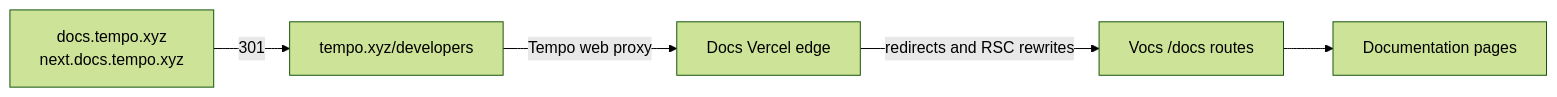
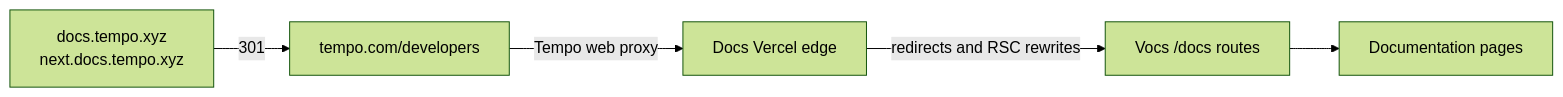
The diagram in README.md (tempoxyz/docs), drawn with Mermaid (forest theme) before and after one commit. The commit also changed other lines of this file and 6 other files, not shown here.

Commit message:
docs: update tempo.com link labels, README and comments

````diff
--- a/README.md
+++ b/README.md
@@ -61,7 +61,7 @@
 ```mermaid
 flowchart LR
-  Legacy["docs.tempo.xyz\nnext.docs.tempo.xyz"] -->|"301"| Canonical["tempo.xyz/developers"]
+  Legacy["docs.tempo.xyz\nnext.docs.tempo.xyz"] -->|"301"| Canonical["tempo.com/developers"]
   Canonical -->|"Tempo web proxy"| Edge["Docs Vercel edge"]
   Edge -->|"redirects and RSC rewrites"| Vocs["Vocs /docs routes"]
   Vocs --> Pages["Documentation pages"]
 ```
````
